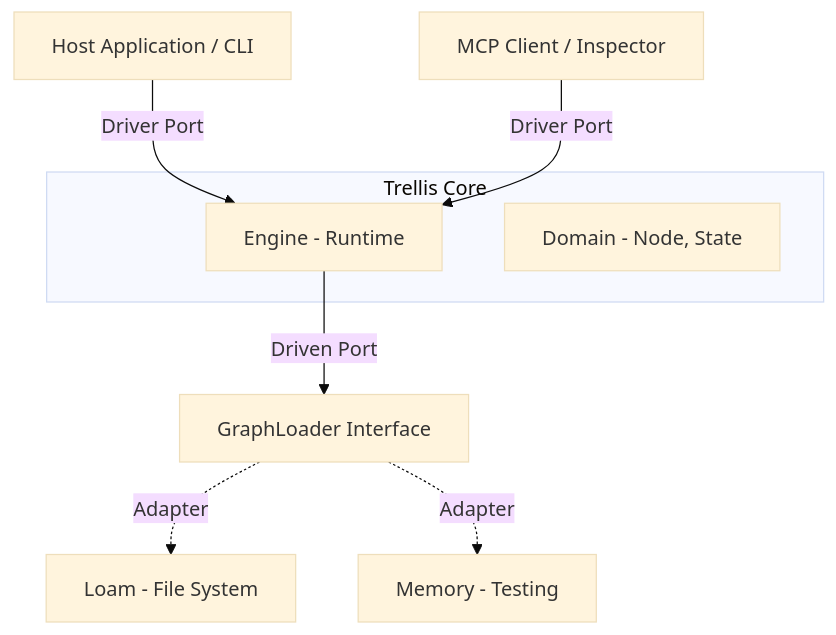
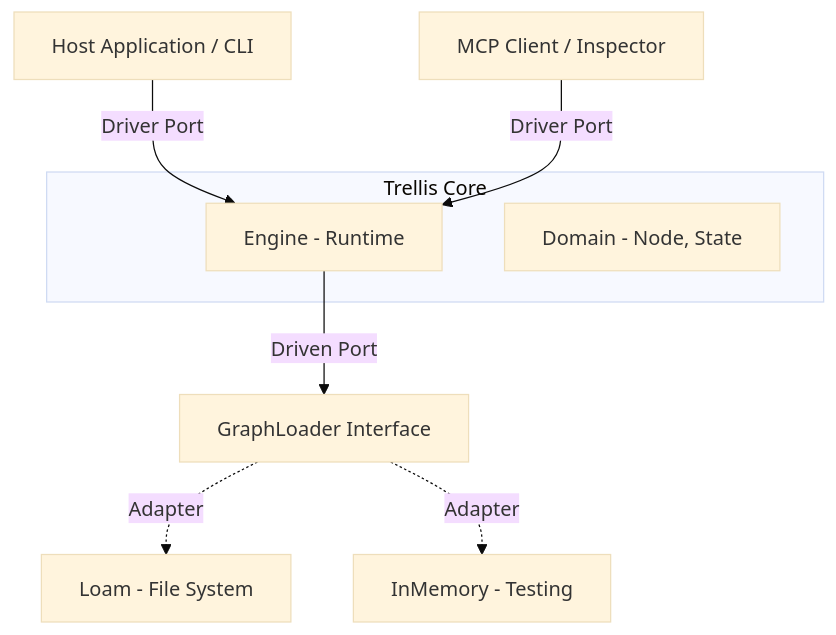
The first of 4 diagrams in docs/TECHNICAL.md (aretw0/trellis), drawn with Mermaid (base theme) before and after one commit. The commit also changed other lines of this file and 1 other file, not shown here.

````diff
--- a/docs/TECHNICAL.md
+++ b/docs/TECHNICAL.md
@@ -25,12 +25,12 @@
 ```mermaid
 graph TD
     Host[Host Application / CLI] -->|Driver Port| Engine
     MCP[MCP Client / Inspector] -->|Driver Port| Engine
     subgraph "Trellis Core"
         Engine[Engine - Runtime]
         Domain[Domain - Node, State]
     end
     Engine -->|Driven Port| Loader[GraphLoader Interface]
     Loader -.->|Adapter| Loam[Loam - File System]
-    Loader -.->|Adapter| Mem[Memory - Testing]
+    Loader -.->|Adapter| Mem[InMemory - Testing]
 ```
````
